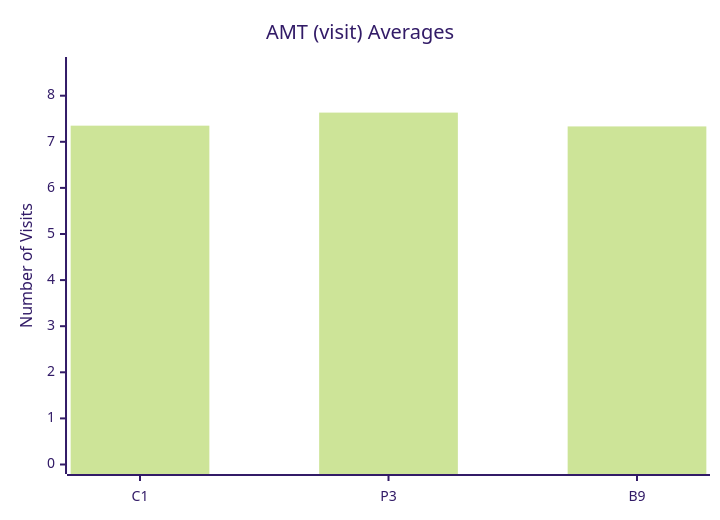
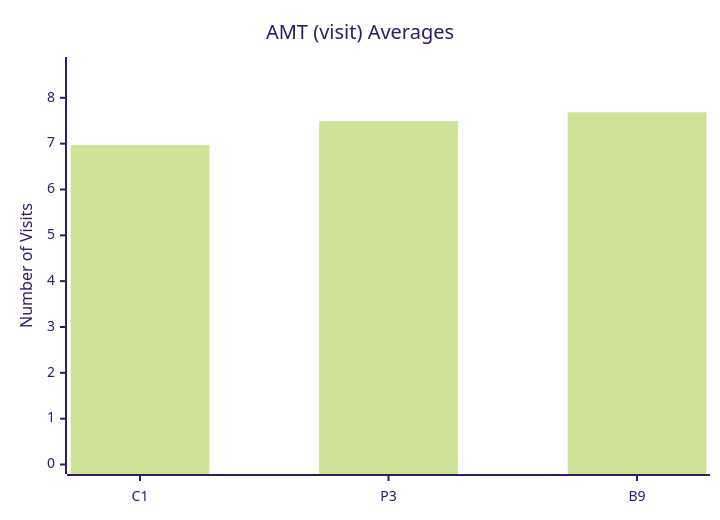
Before and after one commit to dhagan-va/intern-2025: the tenth of 10 diagrams in test-tools/DataGen/src/Statistics_Visualizer.md, drawn with Mermaid (forest theme). The commit also changed other lines of this file and 3 other files, not shown here.

````diff
--- a/test-tools/DataGen/src/Statistics_Visualizer.md
+++ b/test-tools/DataGen/src/Statistics_Visualizer.md
@@ -106,7 +106,7 @@
 ```mermaid
 xychart-beta
     title "AMT (visit) Averages"
     x-axis ["C1", "P3", "B9"]
-    y-axis "Number of Visits" 0 --> 8.633333333333333
-    bar [7.35, 7.633333333333334, 7.333333333333333]
+    y-axis "Number of Visits" 0 --> 8.683168316831683
+    bar [6.97029702970297, 7.4950495049504955, 7.683168316831683]
 ```
````
